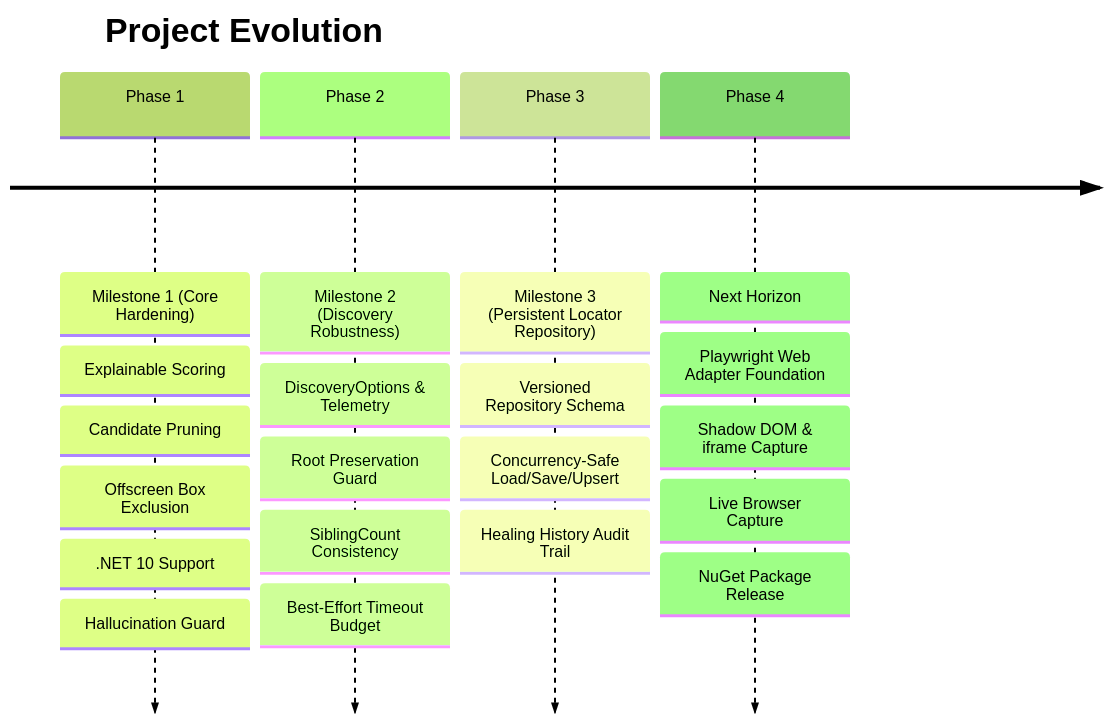
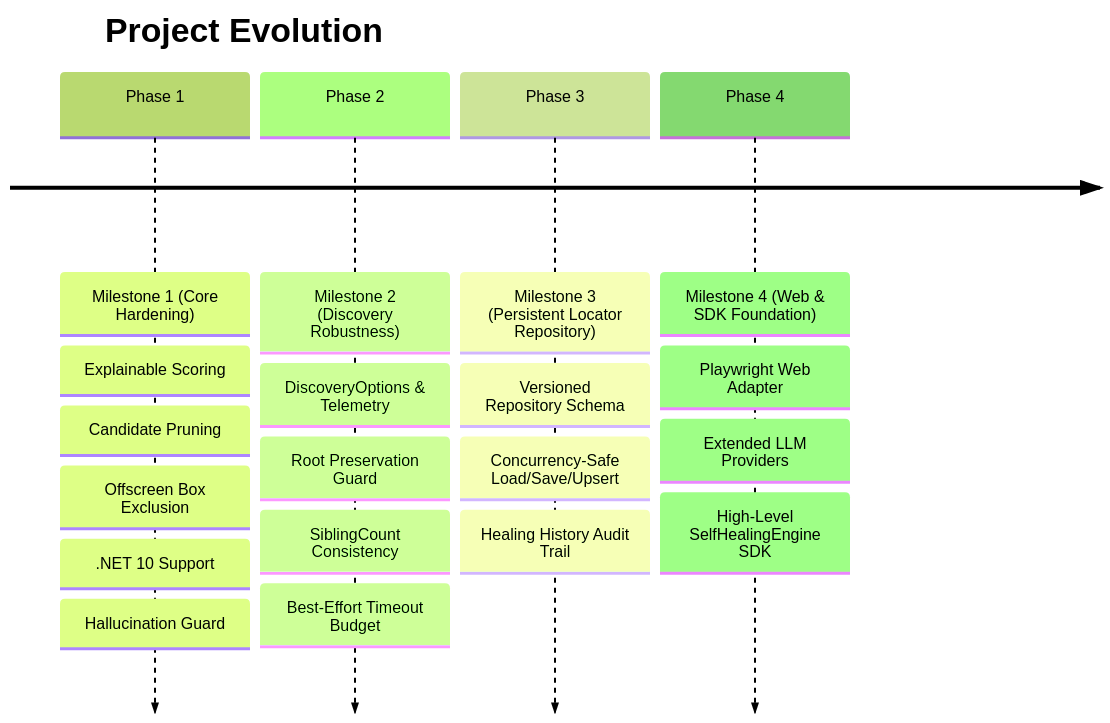
Before and after one commit to mustafasercansak/automation-sandbox: the first of 6 diagrams in PROJECT_SHOWCASE.md, drawn with Mermaid (forest theme). The commit also changed other lines of this file and 12 other files, not shown here.

Commit message:
Add WebDiscovery enhancements, OpenAI/Ollama providers, SelfHealingEngine SDK, and TestIntent metadata

````diff
--- a/PROJECT_SHOWCASE.md
+++ b/PROJECT_SHOWCASE.md
@@ -26,8 +26,8 @@
 ```mermaid
 timeline
     title Project Evolution
     Phase 1 : Milestone 1 (Core Hardening) : Explainable Scoring : Candidate Pruning : Offscreen Box Exclusion : .NET 10 Support : Hallucination Guard
     Phase 2 : Milestone 2 (Discovery Robustness) : DiscoveryOptions & Telemetry : Root Preservation Guard : SiblingCount Consistency : Best-Effort Timeout Budget
     Phase 3 : Milestone 3 (Persistent Locator Repository) : Versioned Repository Schema : Concurrency-Safe Load/Save/Upsert : Healing History Audit Trail
-    Phase 4 : Next Horizon : Playwright Web Adapter Foundation : Shadow DOM & iframe Capture : Live Browser Capture : NuGet Package Release
+    Phase 4 : Milestone 4 (Web & SDK Foundation) : Playwright Web Adapter : Extended LLM Providers : High-Level SelfHealingEngine SDK
 ```
````
